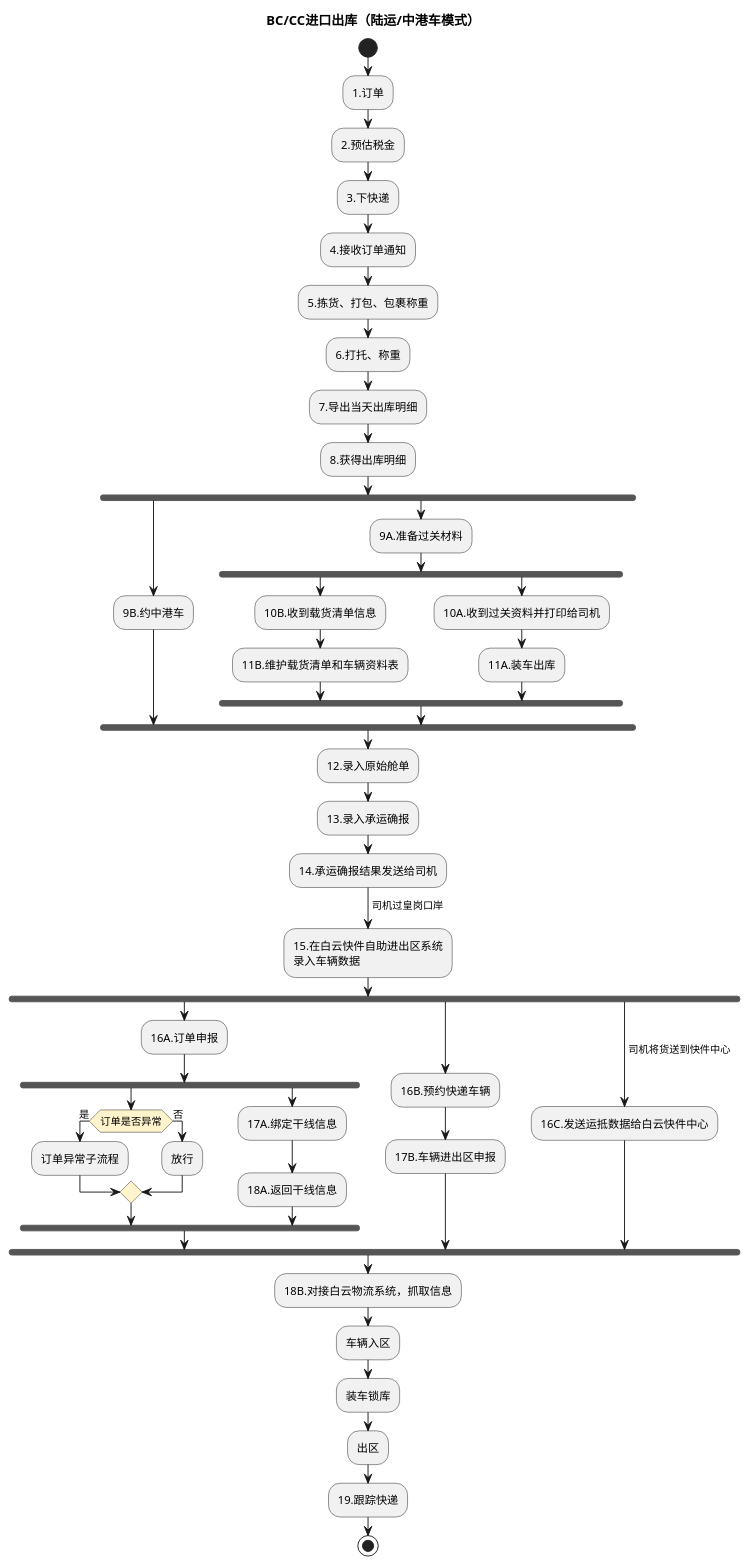
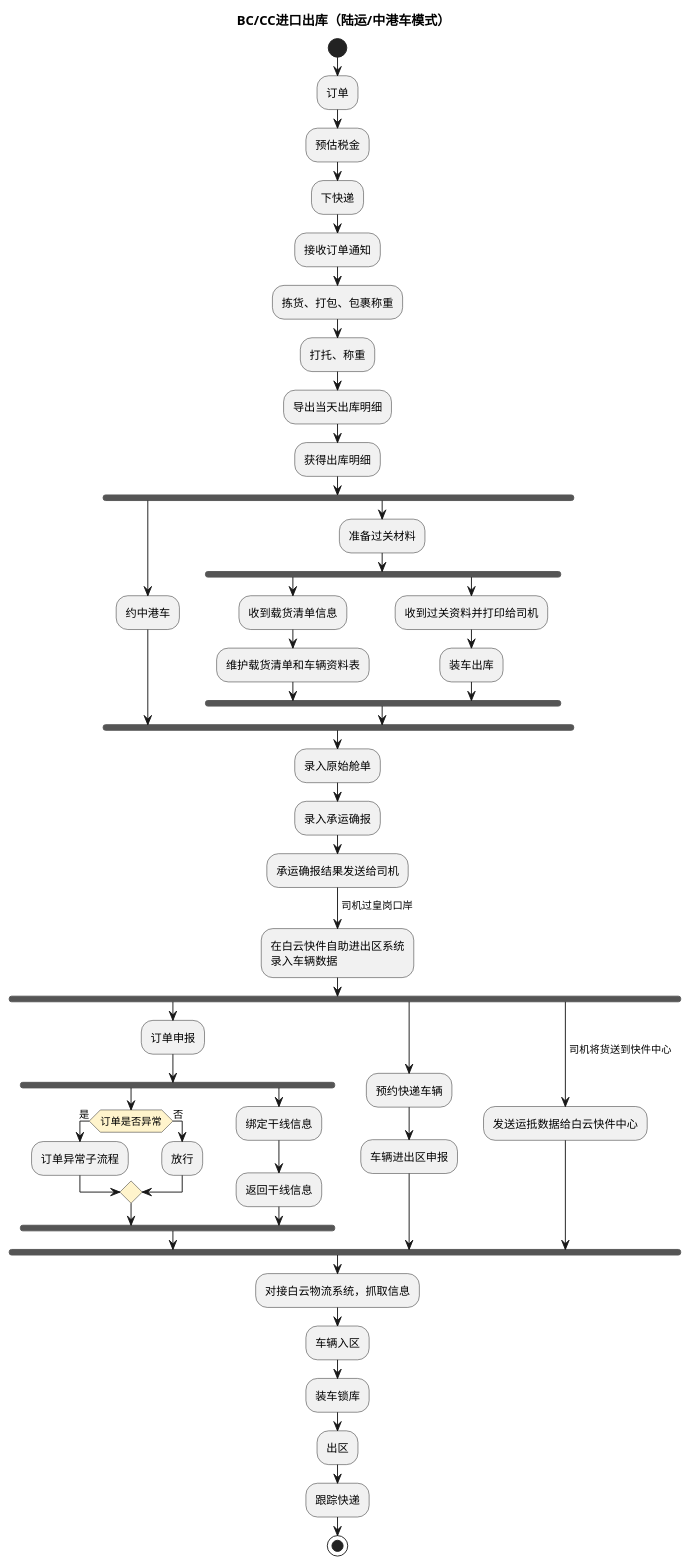
Before and after one commit to jack888332/projects-doc: the fourth of 6 diagrams in product-caliber/goldjet/segmented-prd/mainflow/PRD.高捷物流系统一期.主流程.05.跨境电商BC、个人物品CC进口详细流程.md, drawn with PlantUML. The commit also changed other lines of this file and 24 other files, not shown here.

````diff
--- a/product-caliber/goldjet/segmented-prd/mainflow/PRD.高捷物流系统一期.主流程.05.跨境电商BC、个人物品CC进口详细流程.md
+++ b/product-caliber/goldjet/segmented-prd/mainflow/PRD.高捷物流系统一期.主流程.05.跨境电商BC、个人物品CC进口详细流程.md
@@ -124,57 +124,57 @@
 ```plantuml
 @startuml
 skinparam activityDiamondBackgroundColor #FFF4CC
 title BC/CC进口出库（陆运/中港车模式）
 start
-:1.订单;
-:2.预估税金;
-:3.下快递;
-:4.接收订单通知;
-:5.拣货、打包、包裹称重;
-:6.打托、称重;
-:7.导出当天出库明细;
-:8.获得出库明细;
+:订单;
+:预估税金;
+:下快递;
+:接收订单通知;
+:拣货、打包、包裹称重;
+:打托、称重;
+:导出当天出库明细;
+:获得出库明细;
 fork
-  :9B.约中港车;
+  :约中港车;
 fork again
-  :9A.准备过关材料;
+  :准备过关材料;
   fork
-    :10B.收到载货清单信息;
-    :11B.维护载货清单和车辆资料表;
+    :收到载货清单信息;
+    :维护载货清单和车辆资料表;
   fork again
-    :10A.收到过关资料并打印给司机;
-    :11A.装车出库;
+    :收到过关资料并打印给司机;
+    :装车出库;
   end fork
 end fork
-:12.录入原始舱单;
-:13.录入承运确报;
-:14.承运确报结果发送给司机;
+:录入原始舱单;
+:录入承运确报;
+:承运确报结果发送给司机;
 -> 司机过皇岗口岸;
-:15.在白云快件自助进出区系统\n录入车辆数据;
+:在白云快件自助进出区系统\n录入车辆数据;
 fork
-  :16A.订单申报;
+  :订单申报;
   fork
     if (订单是否异常) then (是)
       :订单异常子流程;
     else (否)
       :放行;
     endif
   fork again
-    :17A.绑定干线信息;
-    :18A.返回干线信息;
+    :绑定干线信息;
+    :返回干线信息;
   end fork
 fork again
-  :16B.预约快递车辆;
-  :17B.车辆进出区申报;
+  :预约快递车辆;
+  :车辆进出区申报;
 fork again
   -> 司机将货送到快件中心;
-  :16C.发送运抵数据给白云快件中心;
+  :发送运抵数据给白云快件中心;
 end fork
-:18B.对接白云物流系统，抓取信息;
+:对接白云物流系统，抓取信息;
 :车辆入区;
 :装车锁库;
 :出区;
-:19.跟踪快递;
+:跟踪快递;
 stop
 @enduml
 ```
````
